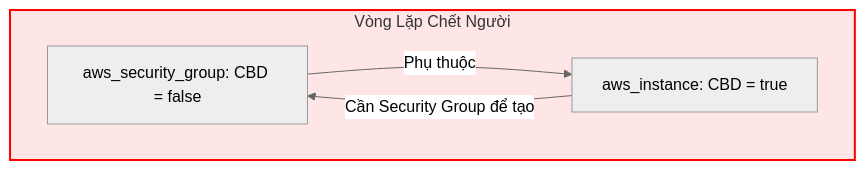
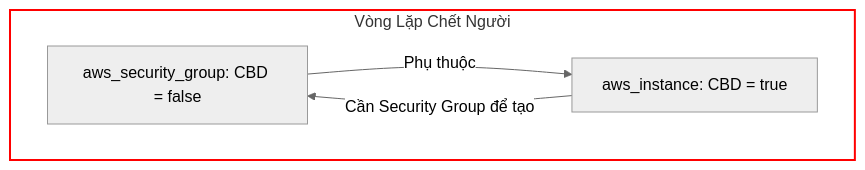
Before and after one commit to kiennt308/ntk: the fourth of 6 diagrams in _posts/2026-09-13-terraform-16-16-lifecycle-meta-arguments-create-before-destroy-prevent-destroy-ignore-changes.md, drawn with Mermaid (neutral theme). The commit also changed other lines of this file and 207 other files, not shown here.

Commit message:
feat(posts): batch standardize all 208 posts with TL;DR, qa-card accordion, fill:none mermaid, and liquid raw wrappers

````diff
--- a/_posts/2026-09-13-terraform-16-16-lifecycle-meta-arguments-create-before-destroy-prevent-destroy-ignore-changes.md
+++ b/_posts/2026-09-13-terraform-16-16-lifecycle-meta-arguments-create-before-destroy-prevent-destroy-ignore-changes.md
@@ -281,10 +285,10 @@
 ```mermaid
 graph TD
     subgraph Dependency_Cycle ["Vòng Lặp Chết Người"]
         SG["aws_security_group: CBD = false"] -->|Phụ thuộc| EC2["aws_instance: CBD = true"]
         EC2 -->|Cần Security Group để tạo| SG
     end
-    style Dependency_Cycle fill:#ffe6e6,stroke:#ff0000,stroke-width:2px
+    style Dependency_Cycle fill:none,stroke:#ff0000,stroke-width:2px
 
 
 ```
````
